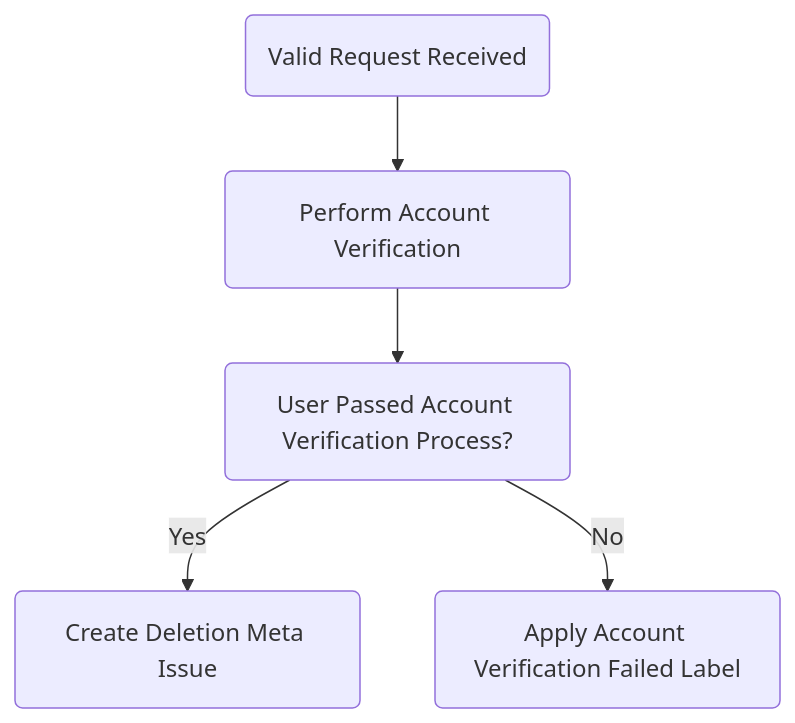
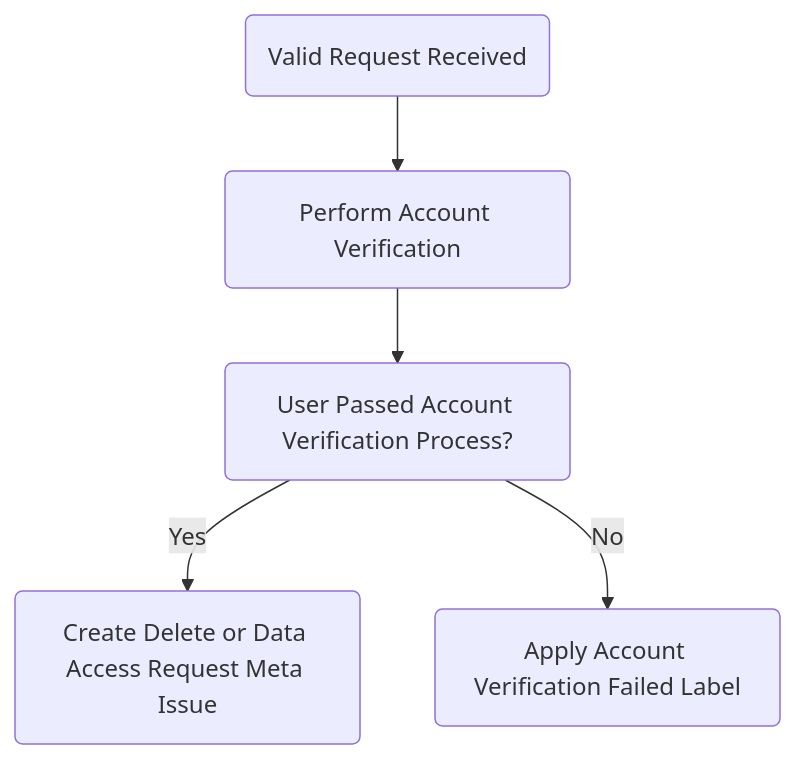
The diagram in support/workflows/account_deletion.html.md (secretstartups/handbook), drawn with Mermaid before and after one commit. The commit also changed other lines of this file, not shown here.

````diff
--- a/support/workflows/account_deletion.html.md
+++ b/support/workflows/account_deletion.html.md
@@ -92,9 +118,9 @@
 ```mermaid
 graph TD
 A(Valid Request Received)-->B
 B(Perform Account Verification)-->E
 E(User Passed Account Verification Process?)-->|Yes|I
 E-->|No|H
 H(Apply Account Verification Failed Label)
-I(Create Deletion Meta Issue)
+I(Create Delete or Data Access Request Meta Issue)
 ```
````
